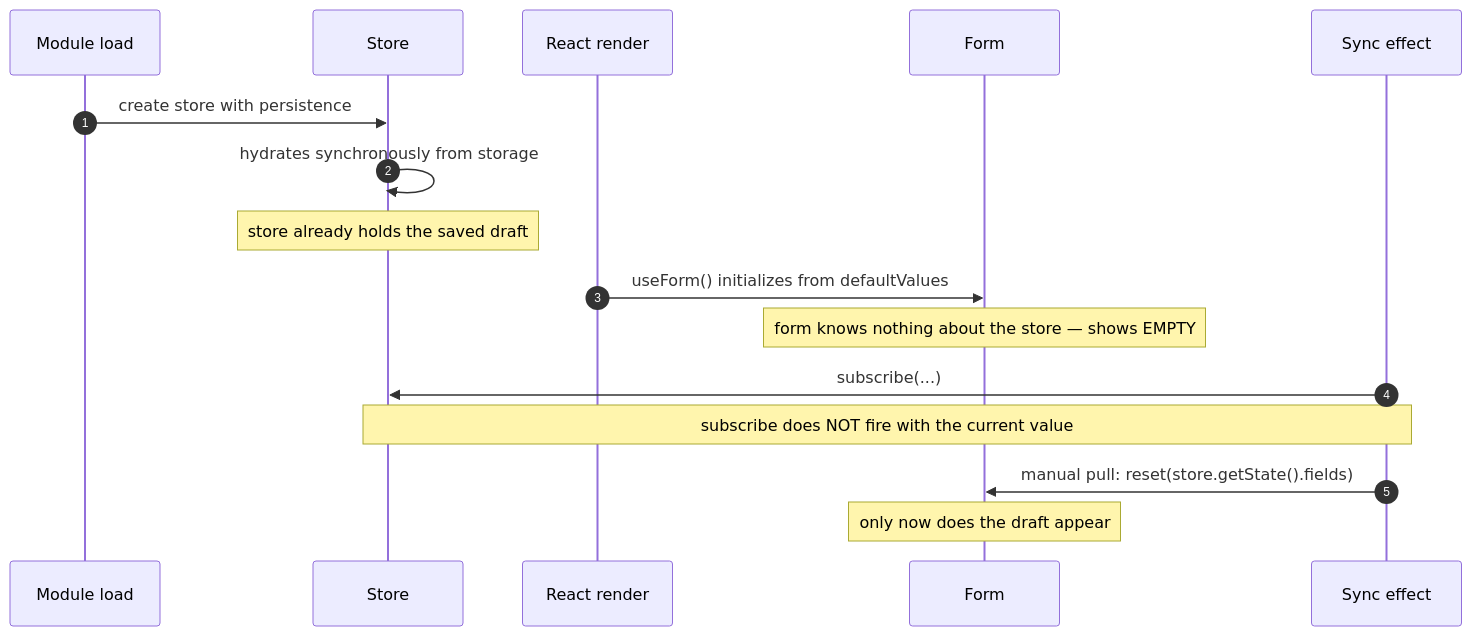
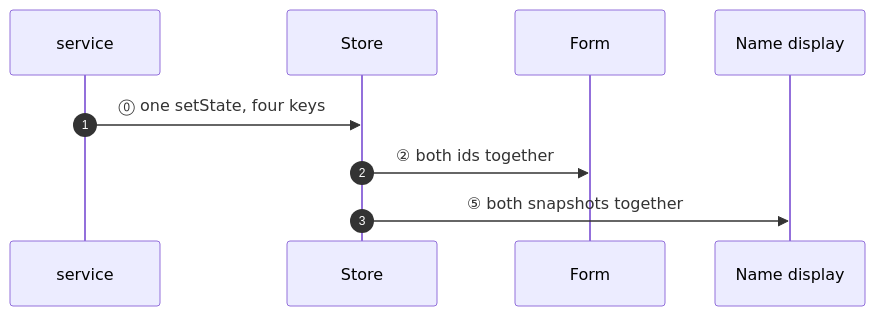
The fifth of 10 diagrams in README.md (jadecubes/multi-party-state-sync), drawn with Mermaid before and after one commit. The commit also changed other lines of this file, not shown here.

First line of the commit message:
Eight questions, nine difficulties, one tool (#1)

````diff
--- a/README.md
+++ b/README.md
@@ -155,19 +109,12 @@
 ```mermaid
 sequenceDiagram
     autonumber
-    participant M as Module load
+    participant V as service
     participant S as Store
-    participant R as React render
     participant F as Form
-    participant E as Sync effect
+    participant N as Name display
 
-    M->>S: create store with persistence
-    S->>S: hydrates synchronously from storage
-    Note over S: store already holds the saved draft
-    R->>F: useForm() initializes from defaultValues
-    Note over F: form knows nothing about the store — shows EMPTY
-    E->>S: subscribe(...)
-    Note over E,S: subscribe does NOT fire with the current value
-    E->>F: manual pull: reset(store.getState().fields)
-    Note over F: only now does the draft appear
+    V->>S: ⓪ one setState, four keys
+    S->>F: ② both ids together
+    S->>N: ⑤ both snapshots together
 ```
````
